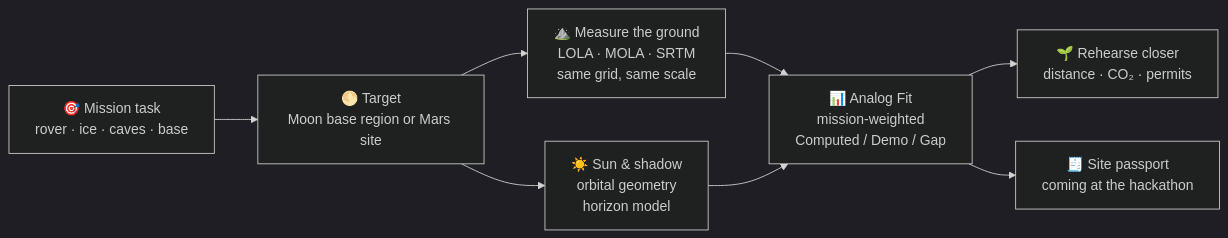
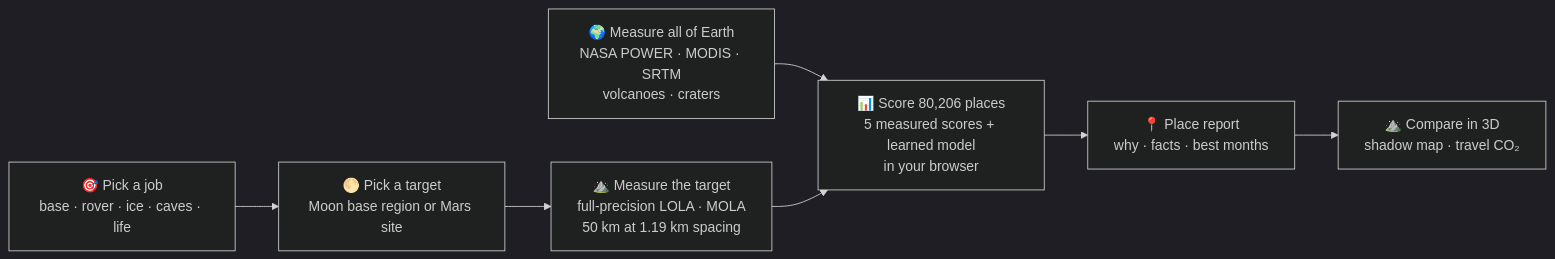
The diagram in README.md (ABRUBAB/ShadowAstra_Atlas), drawn with Mermaid (dark theme) before and after one commit. The commit also changed other lines of this file and 21 other files, not shown here.

````diff
--- a/README.md
+++ b/README.md
@@ -96,10 +93,9 @@
 ```mermaid
 flowchart LR
-  A["🎯 Mission task<br/>rover · ice · caves · base"] --> B["🌕 Target<br/>Moon base region or Mars site"]
-  B --> C["⛰️ Measure the ground<br/>LOLA · MOLA · SRTM<br/>same grid, same scale"]
-  B --> D["☀️ Sun & shadow<br/>orbital geometry<br/>horizon model"]
-  C --> E["📊 Analog Fit<br/>mission-weighted<br/>Computed / Demo / Gap"]
-  D --> E
-  E --> F["🌱 Rehearse closer<br/>distance · CO₂ · permits"]
-  E --> G["🧾 Site passport<br/>coming at the hackathon"]
+  A["🎯 Pick a job<br/>base · rover · ice · caves · life"] --> B["🌕 Pick a target<br/>Moon base region or Mars site"]
+  B --> C["⛰️ Measure the target<br/>full-precision LOLA · MOLA<br/>50 km at 1.19 km spacing"]
+  E["🌍 Measure all of Earth<br/>NASA POWER · MODIS · SRTM<br/>volcanoes · craters"] --> D
+  C --> D["📊 Score 80,206 places<br/>5 measured scores + learned model<br/>in your browser"]
+  D --> F["📍 Place report<br/>why · facts · best months"]
+  F --> G["⛰️ Compare in 3D<br/>shadow map · travel CO₂"]
 ```
````
